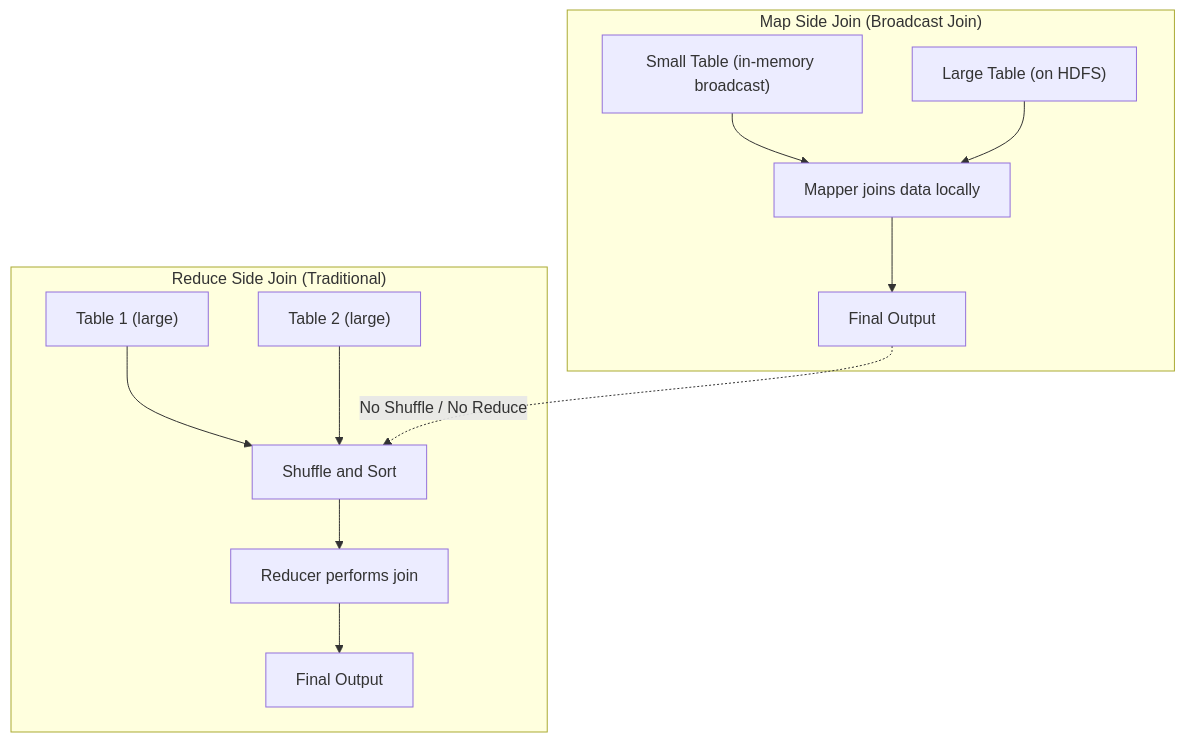
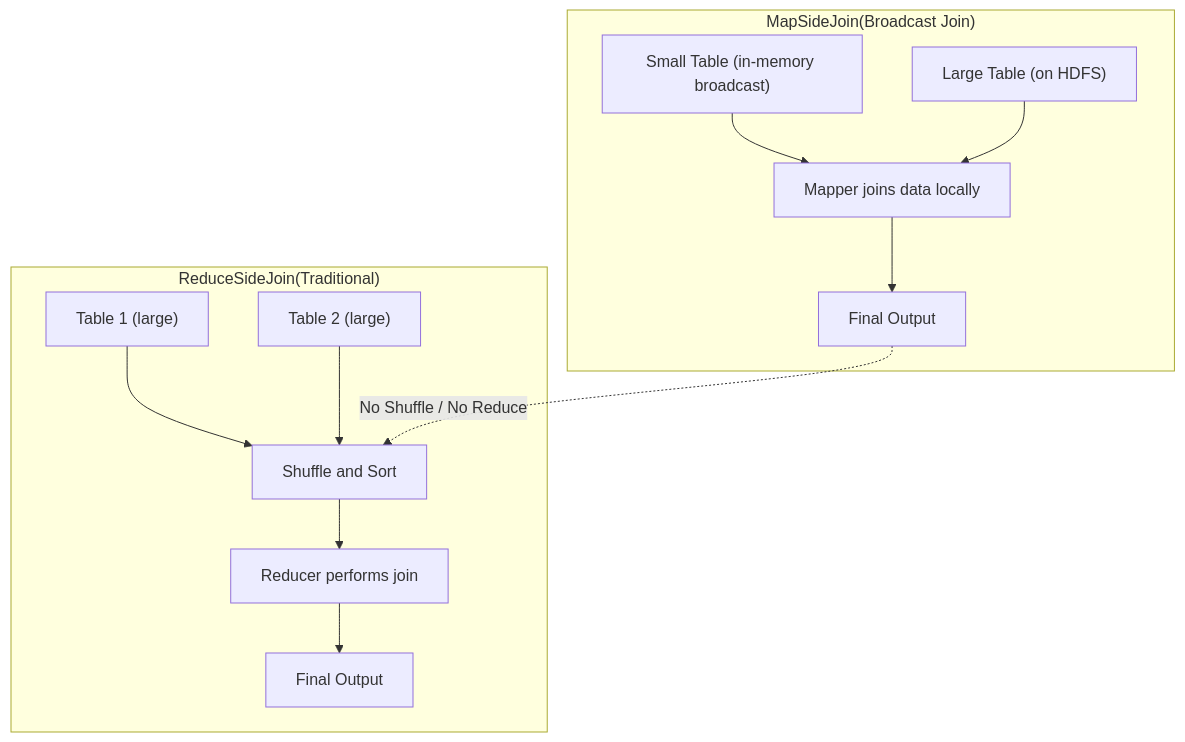
The diagram in 15-Hive-Performance-Tuning.md (muralitheda/apache-hive), drawn with Mermaid before and after one commit.

Commit message:
latest changes

````diff
--- a/15-Hive-Performance-Tuning.md
+++ b/15-Hive-Performance-Tuning.md
@@ -797,28 +797,28 @@
 ```mermaid
 flowchart TD
-    subgraph "Map Side Join (Broadcast Join)"
+    subgraph "MapSideJoin(Broadcast Join)"
         A1["Small Table (in-memory broadcast)"]
         A2["Large Table (on HDFS)"]
         A3["Mapper joins data locally"]
         A4["Final Output"]
         
         A1 --> A3
         A2 --> A3
         A3 --> A4
     end
 
-    subgraph "Reduce Side Join (Traditional)"
+    subgraph "ReduceSideJoin(Traditional)"
         B1["Table 1 (large)"]
         B2["Table 2 (large)"]
         B3["Shuffle and Sort"]
         B4["Reducer performs join"]
         B5["Final Output"]
 
         B1 --> B3
         B2 --> B3
         B3 --> B4
         B4 --> B5
     end
 
     A4 -.->|"No Shuffle / No Reduce"| B3
 ```
````
